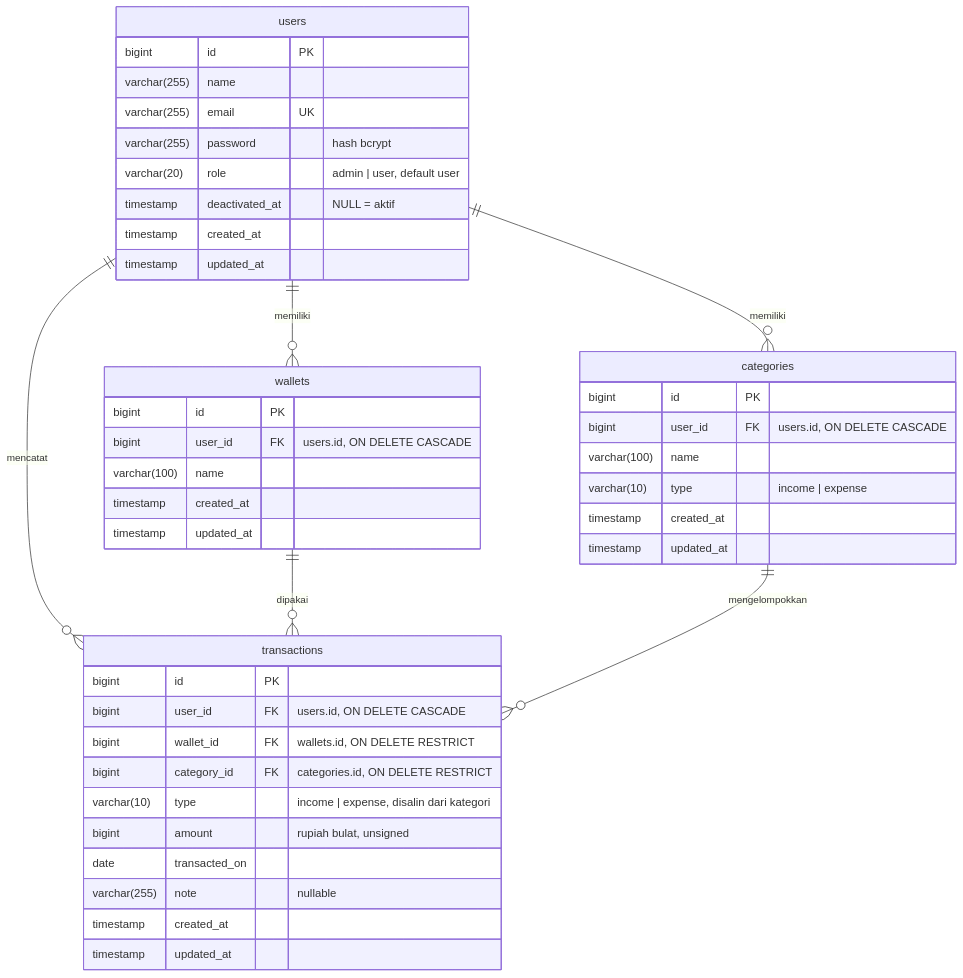
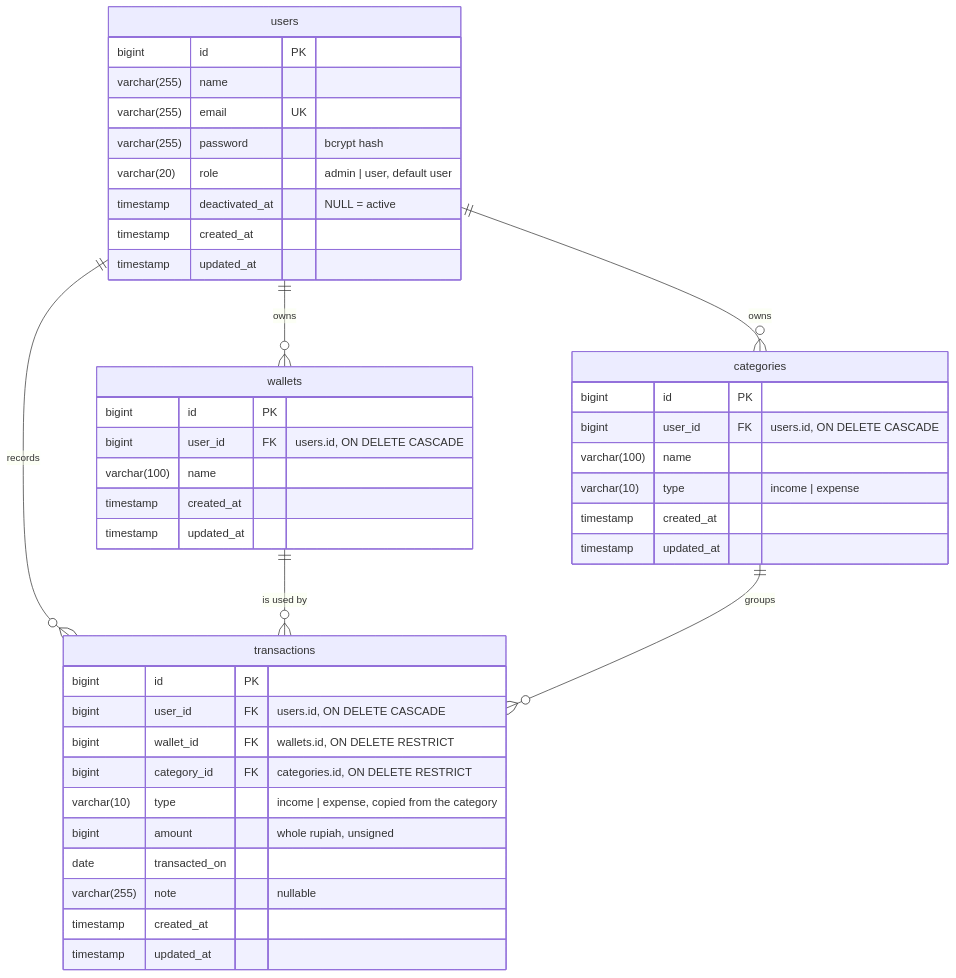
One commit to RZID/24120310004-ramadhanu-catatku changed the diagram in docs/erd.md. Above: the diagram before and after it, drawn with Mermaid. The commit also changed other lines of this file and 6 other files, not shown here.

````diff
--- a/docs/erd.md
+++ b/docs/erd.md
@@ -6,49 +6,49 @@
 ```mermaid
 erDiagram
-    users ||--o{ wallets : "memiliki"
-    users ||--o{ categories : "memiliki"
-    users ||--o{ transactions : "mencatat"
-    wallets ||--o{ transactions : "dipakai"
-    categories ||--o{ transactions : "mengelompokkan"
+    users ||--o{ wallets : "owns"
+    users ||--o{ categories : "owns"
+    users ||--o{ transactions : "records"
+    wallets ||--o{ transactions : "is used by"
+    categories ||--o{ transactions : "groups"
 
     users {
         bigint id PK
         varchar(255) name
         varchar(255) email UK
-        varchar(255) password "hash bcrypt"
+        varchar(255) password "bcrypt hash"
         varchar(20) role "admin | user, default user"
-        timestamp deactivated_at "NULL = aktif"
+        timestamp deactivated_at "NULL = active"
         timestamp created_at
         timestamp updated_at
     }
 
     wallets {
         bigint id PK
         bigint user_id FK "users.id, ON DELETE CASCADE"
         varchar(100) name
         timestamp created_at
         timestamp updated_at
     }
 
     categories {
         bigint id PK
         bigint user_id FK "users.id, ON DELETE CASCADE"
         varchar(100) name
         varchar(10) type "income | expense"
         timestamp created_at
         timestamp updated_at
     }
 
     transactions {
         bigint id PK
         bigint user_id FK "users.id, ON DELETE CASCADE"
         bigint wallet_id FK "wallets.id, ON DELETE RESTRICT"
         bigint category_id FK "categories.id, ON DELETE RESTRICT"
-        varchar(10) type "income | expense, disalin dari kategori"
-        bigint amount "rupiah bulat, unsigned"
+        varchar(10) type "income | expense, copied from the category"
+        bigint amount "whole rupiah, unsigned"
         date transacted_on
         varchar(255) note "nullable"
         timestamp created_at
         timestamp updated_at
     }
 ```
````
